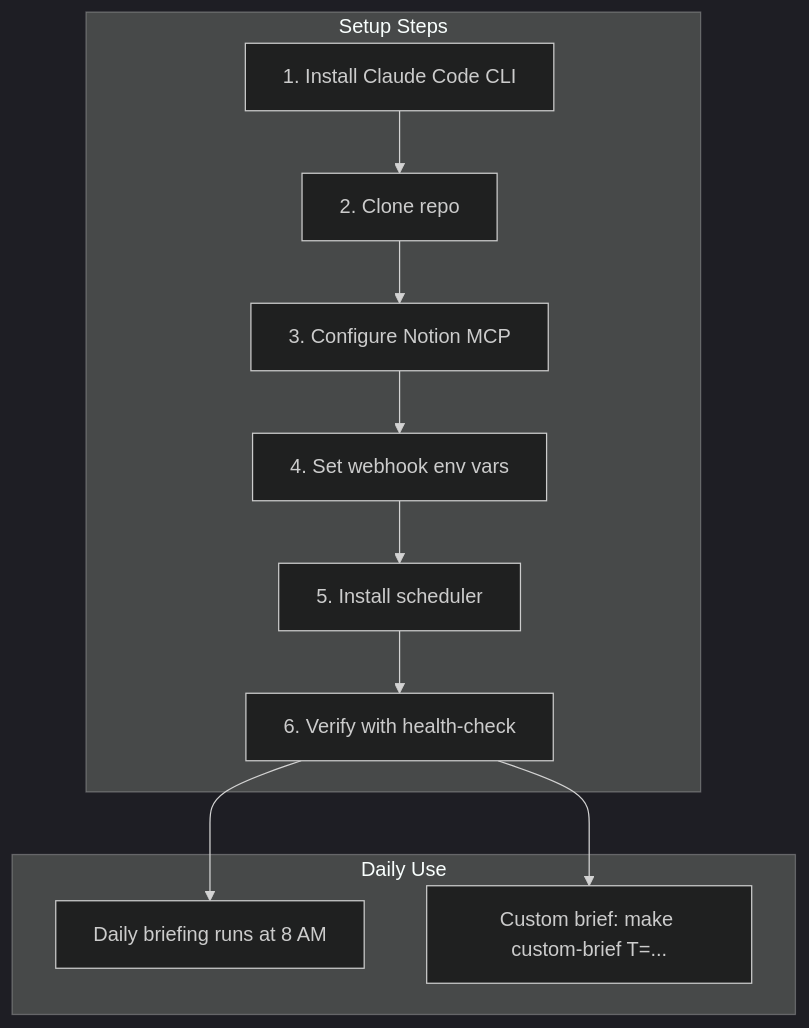
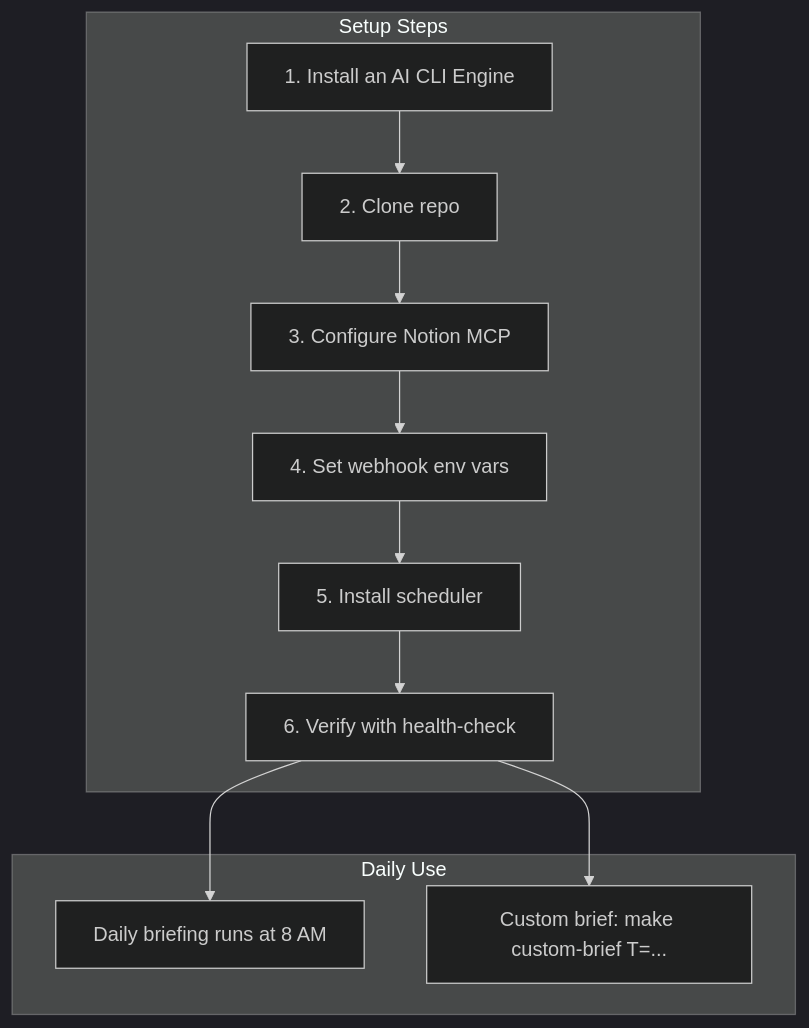
Before and after one commit to hoangsonww/ai-news-briefing: the diagram in SETUP.md, drawn with Mermaid (dark theme). The commit also changed other lines of this file and 9 other files, not shown here.

First line of the commit message:
feat: multi-CLI engine support with automatic fallback chain

````diff
--- a/SETUP.md
+++ b/SETUP.md
@@ -187,15 +201,15 @@
 ```mermaid
 flowchart TD
     subgraph "Setup Steps"
-        S1[1. Install Claude Code CLI] --> S2[2. Clone repo]
+        S1[1. Install an AI CLI Engine] --> S2[2. Clone repo]
         S2 --> S3[3. Configure Notion MCP]
         S3 --> S4[4. Set webhook env vars]
         S4 --> S5[5. Install scheduler]
         S5 --> S6[6. Verify with health-check]
     end
 
     subgraph "Daily Use"
         S6 --> D1[Daily briefing runs at 8 AM]
         S6 --> D2["Custom brief: make custom-brief T=..."]
     end
 ```
````
